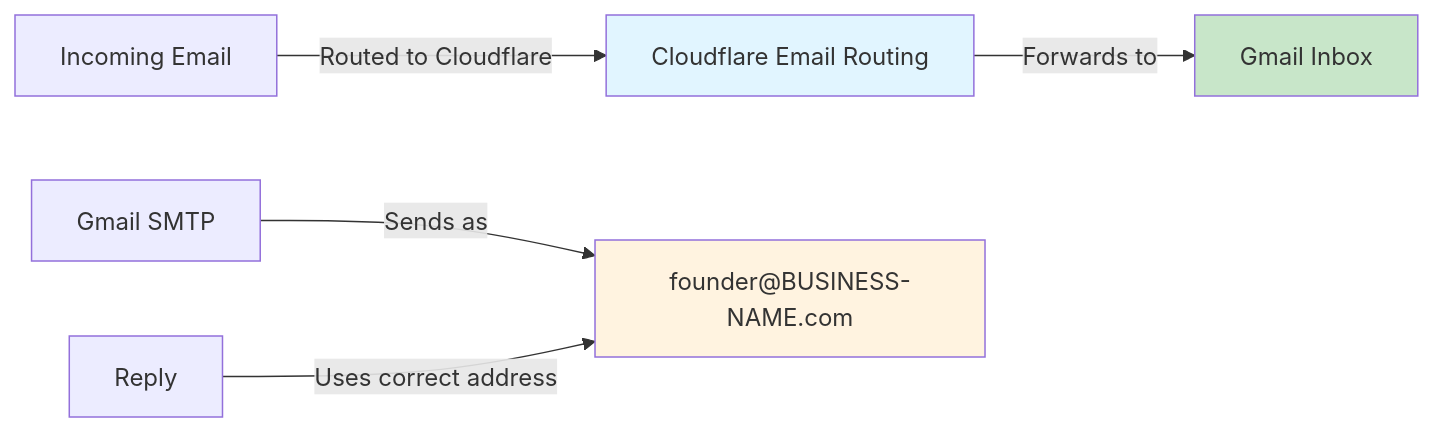
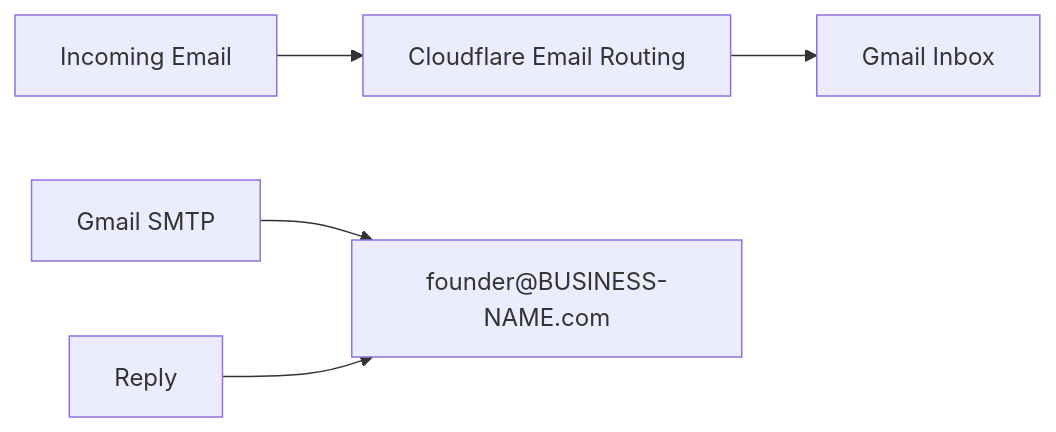
One commit to borealBytes/startup-blueprint changed the diagram in docs/guides/03-email-infrastructure.md. Above: the diagram before and after it, drawn with Mermaid.

Commit message:
refactor(docs): apply Mermaid style guide to email infrastructure guide
- Remove custom fill colors from email architecture diagram
- Add accessibility attributes (accTitle/accDescr)
- Use semantic node IDs
- Ensure diagram renders in GitHub dark mode

````diff
--- a/docs/guides/03-email-infrastructure.md
+++ b/docs/guides/03-email-infrastructure.md
@@ -29,11 +29,10 @@
 ```mermaid
-graph LR
-    A["Incoming Email"] -->|Routed to Cloudflare| B["Cloudflare Email Routing"]
-    B -->|Forwards to| C["Gmail Inbox"]
-    D["Gmail SMTP"] -->|Sends as| E["founder@BUSINESS-NAME.com"]
-    F["Reply"] -->|Uses correct address| E
+flowchart LR
+    accTitle: Email Routing Architecture
+    accDescr: Flow showing incoming email routed through Cloudflare to Gmail inbox, with Gmail SMTP sending emails from custom domain address
 
-    style B fill:#e1f5ff
-    style C fill:#c8e6c9
-    style E fill:#fff3e0
+    incoming_email[Incoming Email] --> cloudflare_routing[Cloudflare Email Routing]
+    cloudflare_routing --> gmail_inbox[Gmail Inbox]
+    gmail_smtp[Gmail SMTP] --> custom_address["founder@BUSINESS-NAME.com"]
+    reply[Reply] --> custom_address
 ```
````
